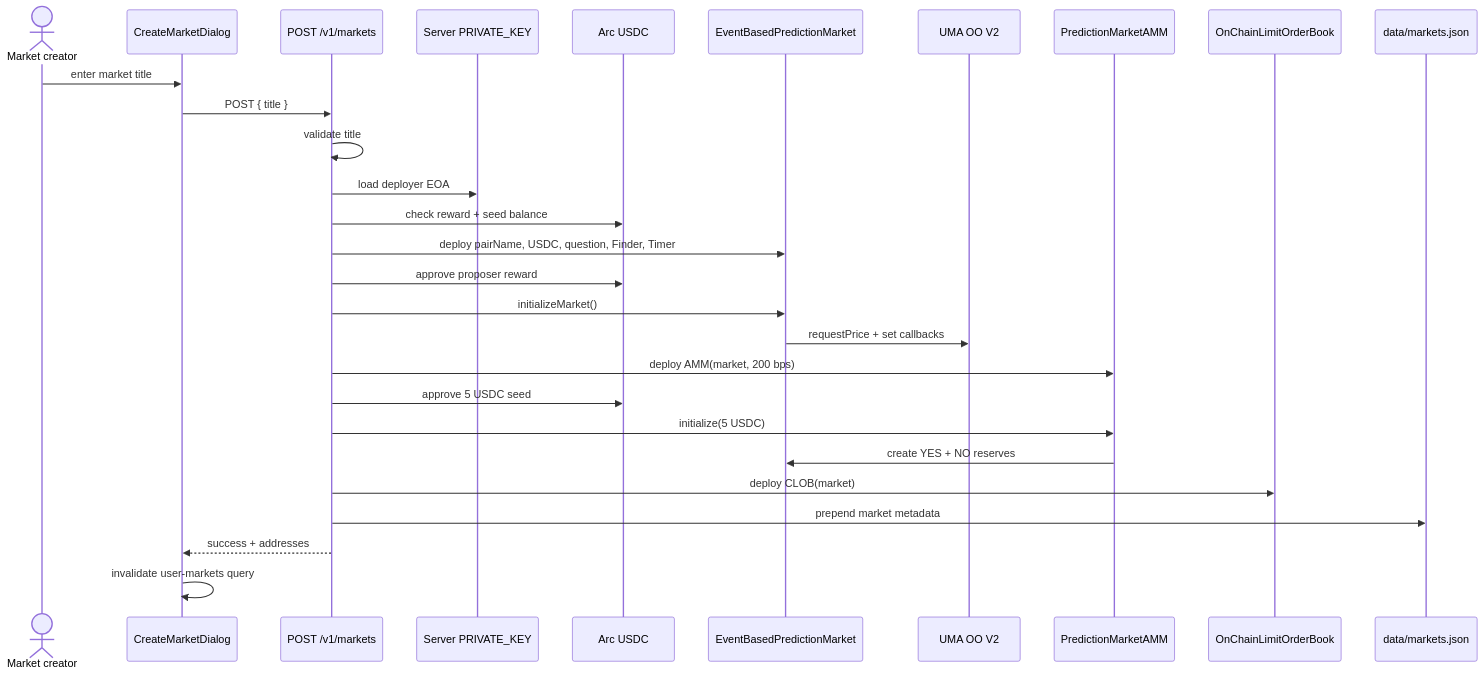
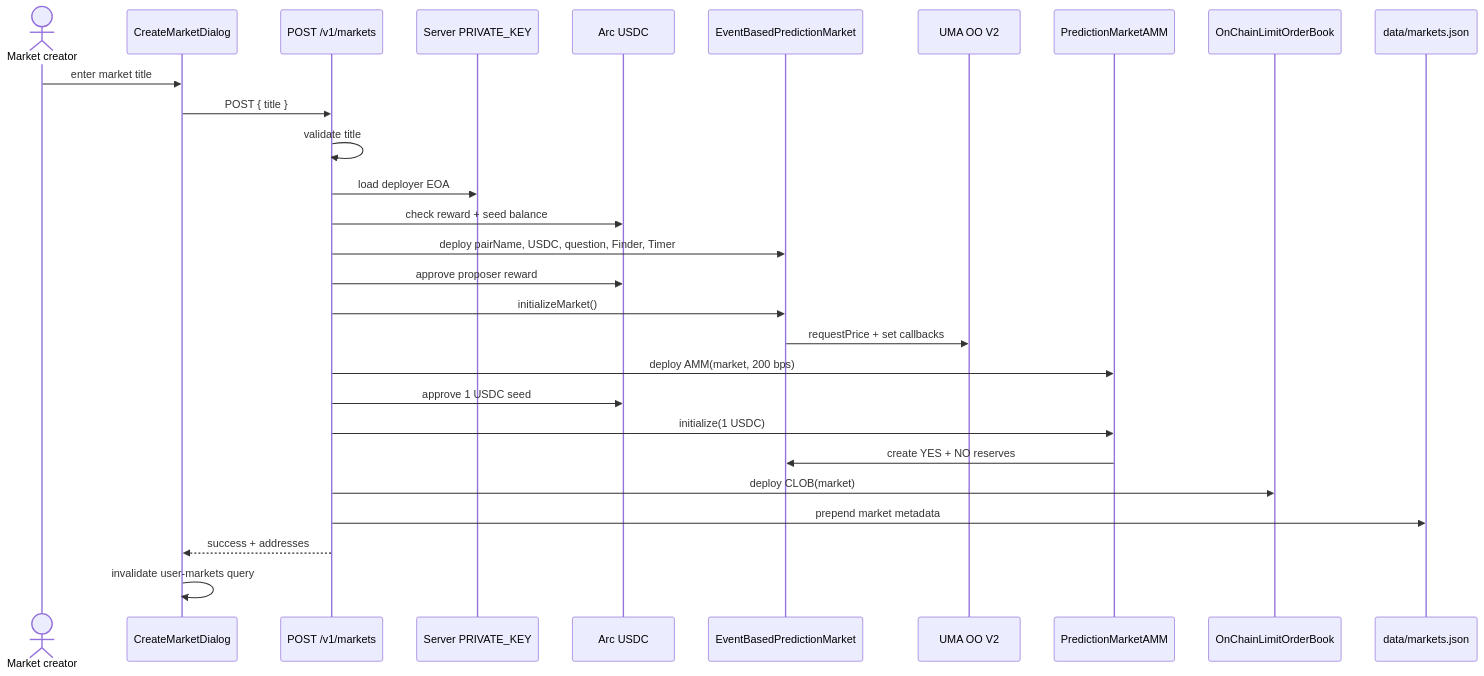
One commit to Kirashchuk/Predict-Edge changed the second of 7 diagrams in docs/prediction-market-flow-ascii-mermaid.md. Above: the diagram before and after it, drawn with Mermaid. The commit also changed other lines of this file and 50 other files, not shown here.

````diff
--- a/docs/prediction-market-flow-ascii-mermaid.md
+++ b/docs/prediction-market-flow-ascii-mermaid.md
@@ -72,31 +72,31 @@
 ```mermaid
 sequenceDiagram
     actor Creator as Market creator
     participant UI as CreateMarketDialog
     participant API as POST /v1/markets
     participant Key as Server PRIVATE_KEY
     participant USDC as Arc USDC
     participant MKT as EventBasedPredictionMarket
     participant UMA as UMA OO V2
     participant AMM as PredictionMarketAMM
     participant CLOB as OnChainLimitOrderBook
     participant Store as data/markets.json
 
     Creator->>UI: enter market title
     UI->>API: POST { title }
     API->>API: validate title
     API->>Key: load deployer EOA
     API->>USDC: check reward + seed balance
     API->>MKT: deploy pairName, USDC, question, Finder, Timer
     API->>USDC: approve proposer reward
     API->>MKT: initializeMarket()
     MKT->>UMA: requestPrice + set callbacks
     API->>AMM: deploy AMM(market, 200 bps)
-    API->>USDC: approve 5 USDC seed
-    API->>AMM: initialize(5 USDC)
+    API->>USDC: approve 1 USDC seed
+    API->>AMM: initialize(1 USDC)
     AMM->>MKT: create YES + NO reserves
     API->>CLOB: deploy CLOB(market)
     API->>Store: prepend market metadata
     API-->>UI: success + addresses
     UI->>UI: invalidate user-markets query
 ```
````
